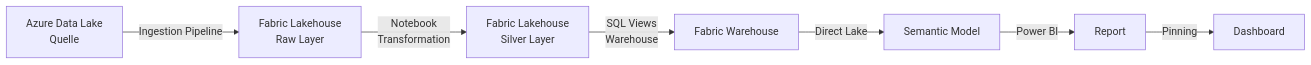
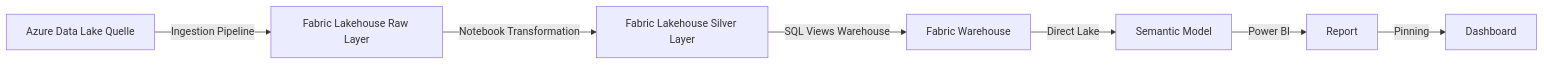
Before and after one commit to SoniiiT/notes-n-docs: the fifth of 7 diagrams in Microsoft 365/Azure/Fabric/Microsoft Purview in Fabric.md, drawn with Mermaid. The commit also changed other lines of this file and 124 other files, not shown here.

First line of the commit message:
fix: Entferne \n aus allen Mermaid-Diagrammen (125 Dateien)

````diff
--- a/Microsoft 365/Azure/Fabric/Microsoft Purview in Fabric.md
+++ b/Microsoft 365/Azure/Fabric/Microsoft Purview in Fabric.md
@@ -164,9 +164,9 @@
 ```mermaid
 graph LR
-    A[Azure Data Lake\nQuelle] -->|Ingestion Pipeline| B[Fabric Lakehouse\nRaw Layer]
-    B -->|Notebook\nTransformation| C[Fabric Lakehouse\nSilver Layer]
-    C -->|SQL Views\nWarehouse| D[Fabric Warehouse]
+    A[Azure Data Lake Quelle] -->|Ingestion Pipeline| B[Fabric Lakehouse Raw Layer]
+    B -->|Notebook Transformation| C[Fabric Lakehouse Silver Layer]
+    C -->|SQL Views Warehouse| D[Fabric Warehouse]
     D -->|Direct Lake| E[Semantic Model]
     E -->|Power BI| F[Report]
     F -->|Pinning| G[Dashboard]
 ```
````
